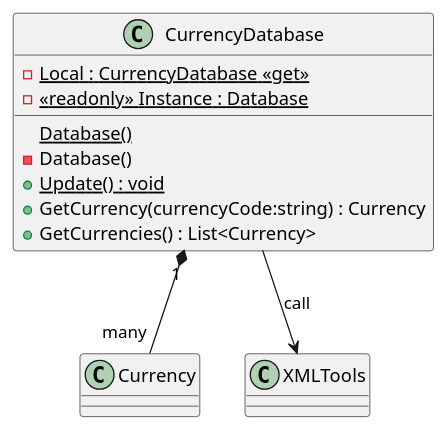
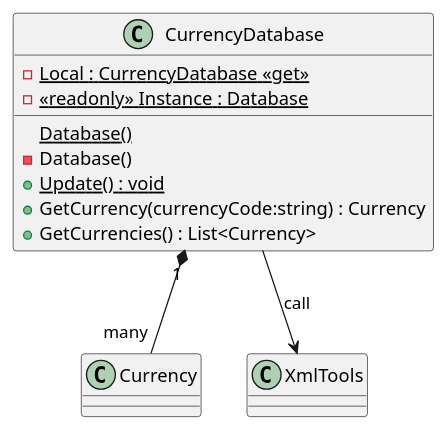
One commit to john-bartu/cut-oot changed the diagram in TM_Lab_1/UMLParts/CurrencyDatabase.puml. Above: the diagram before and after it, drawn with PlantUML. The commit also changed 4 other files, not shown here.

```diff
--- a/TM_Lab_1/UMLParts/CurrencyDatabase.puml
+++ b/TM_Lab_1/UMLParts/CurrencyDatabase.puml
@@ -1,15 +1,15 @@
 @startuml
 class CurrencyDatabase {
 '    - {static} _currencyDictionary : Dictionary<string, Currency>
     - {static} Local : CurrencyDatabase <<get>>
     {static} Database()
     - Database()
     - {static} <<readonly>> Instance : Database
     + {static} Update() : void
     + GetCurrency(currencyCode:string) : Currency
     + GetCurrencies() : List<Currency>
 }
 
 CurrencyDatabase "1" *-- "many" Currency 
-CurrencyDatabase --> XMLTools : call
+CurrencyDatabase --> XmlTools : call
 @enduml
```
